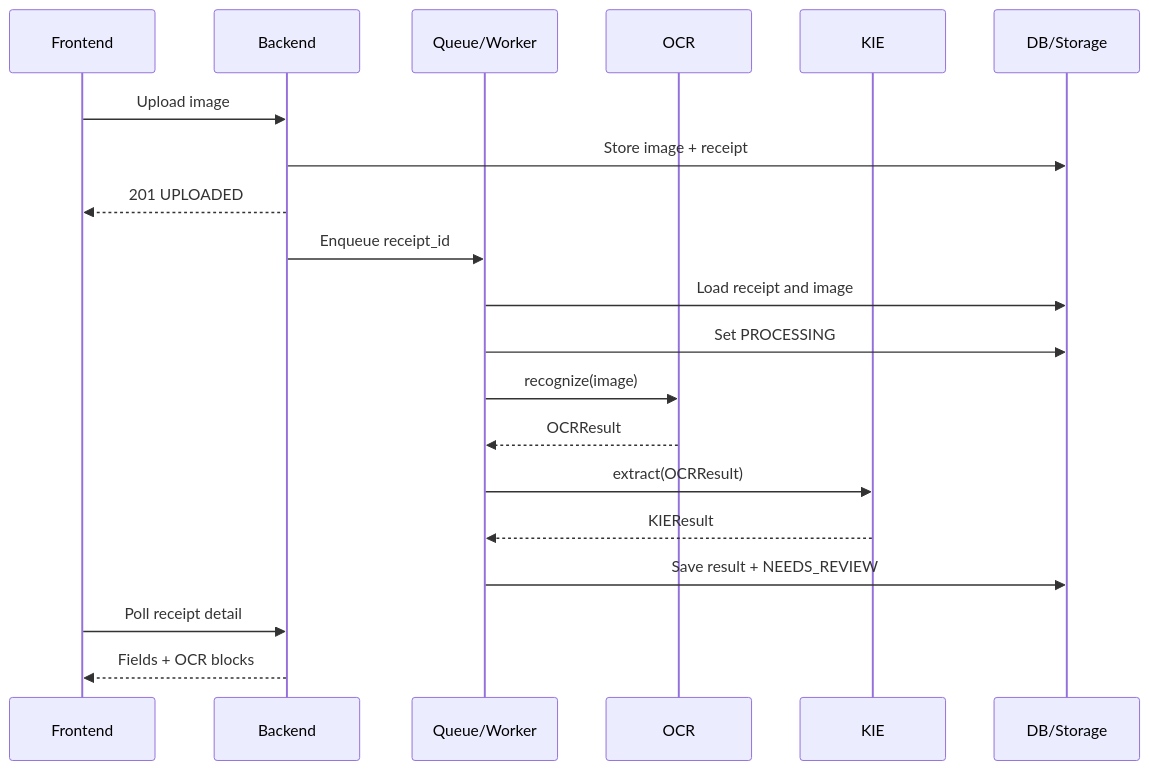
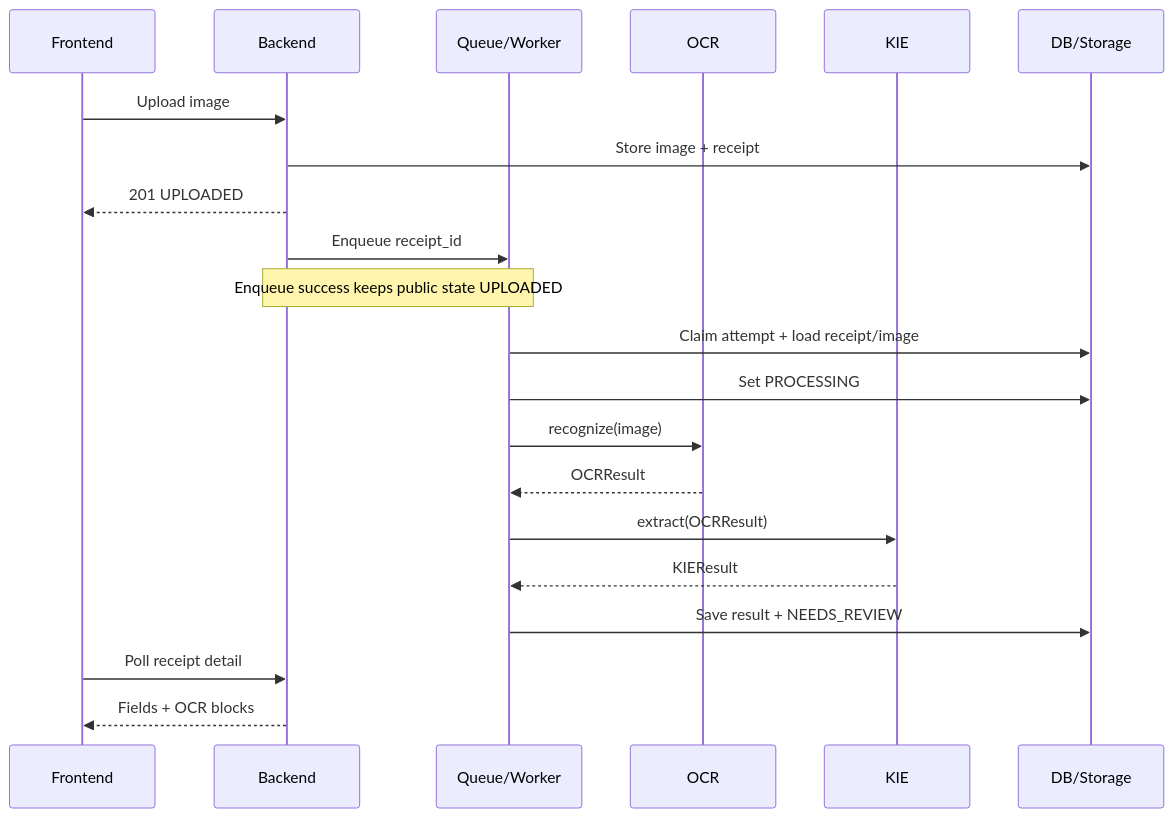
One commit to vietreceipt-team/vietreceipt changed the second of 2 diagrams in docs/architecture.md. Above: the diagram before and after it, drawn with Mermaid. The commit also changed other lines of this file and 6 other files, not shown here.

````diff
--- a/docs/architecture.md
+++ b/docs/architecture.md
@@ -103,23 +105,24 @@
 ```mermaid
 sequenceDiagram
     participant F as Frontend
     participant B as Backend
     participant Q as Queue/Worker
     participant O as OCR
     participant K as KIE
     participant D as DB/Storage
 
     F->>B: Upload image
     B->>D: Store image + receipt
     B-->>F: 201 UPLOADED
     B->>Q: Enqueue receipt_id
-    Q->>D: Load receipt and image
+    Note over B,Q: Enqueue success keeps public state UPLOADED
+    Q->>D: Claim attempt + load receipt/image
     Q->>D: Set PROCESSING
     Q->>O: recognize(image)
     O-->>Q: OCRResult
     Q->>K: extract(OCRResult)
     K-->>Q: KIEResult
     Q->>D: Save result + NEEDS_REVIEW
     F->>B: Poll receipt detail
     B-->>F: Fields + OCR blocks
 ```
````
